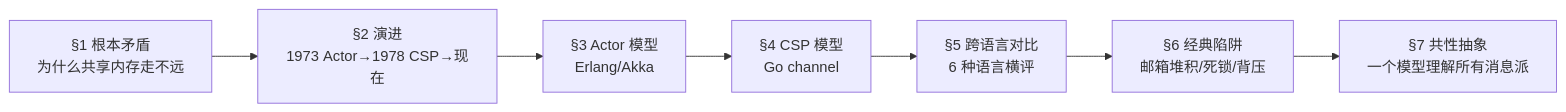
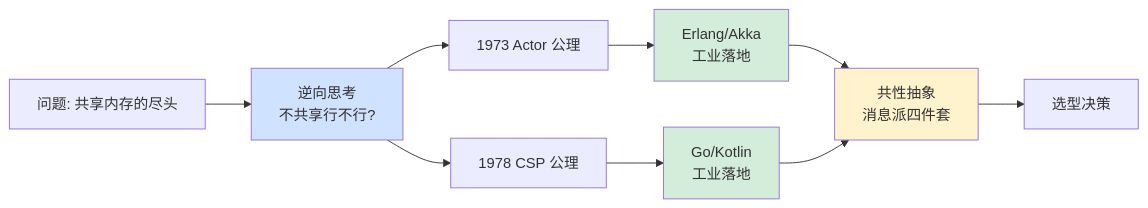
The first of 9 diagrams in 00.通用技术的提升/02.程序编程原理/03.第3卷并发之道/3.14.Actor与CSP并发模型.md (chongyang211/YCBookBlog), drawn with Mermaid before and after one commit. The commit also changed other lines of this file and 45 other files, not shown here.

````diff
--- a/00.通用技术的提升/02.程序编程原理/03.第3卷并发之道/3.14.Actor与CSP并发模型.md
+++ b/00.通用技术的提升/02.程序编程原理/03.第3卷并发之道/3.14.Actor与CSP并发模型.md
@@ -41,9 +147,16 @@
 ```mermaid
 flowchart LR
-    A[§1 根本矛盾<br/>为什么共享内存走不远] --> B[§2 演进<br/>1973 Actor→1978 CSP→现在]
-    B --> C[§3 Actor 模型<br/>Erlang/Akka]
-    C --> D[§4 CSP 模型<br/>Go channel]
-    D --> E[§5 跨语言对比<br/>6 种语言横评]
-    E --> F[§6 经典陷阱<br/>邮箱堆积/死锁/背压]
-    F --> G[§7 共性抽象<br/>一个模型理解所有消息派]
+    A[问题: 共享内存的尽头] --> B[逆向思考<br/>不共享行不行?]
+    B --> C[1973 Actor 公理]
+    B --> D[1978 CSP 公理]
+    C --> E[Erlang/Akka<br/>工业落地]
+    D --> F[Go/Kotlin<br/>工业落地]
+    E --> G[共性抽象<br/>消息派四件套]
+    F --> G
+    G --> H[选型决策]
+    
+    style B fill:#cfe2ff
+    style E fill:#d4edda
+    style F fill:#d4edda
+    style G fill:#fff3cd
 ```
````
